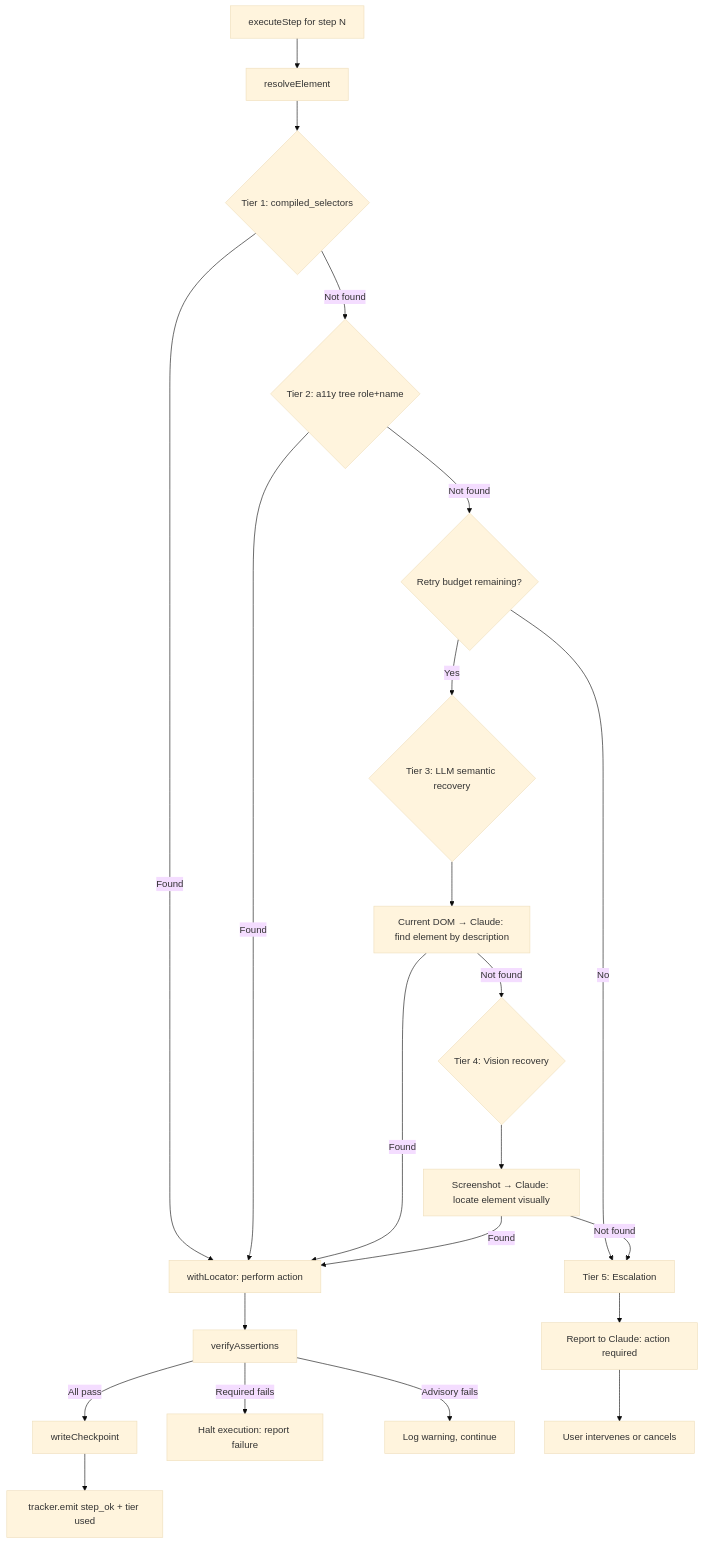
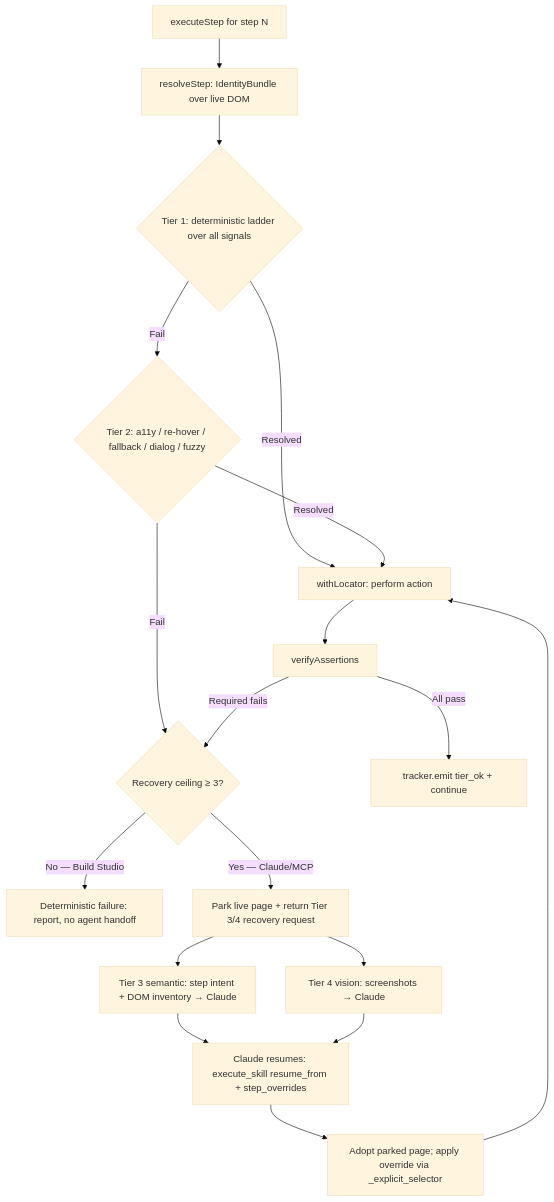
One commit to Cannonbold2412/CONXA changed diagram 13 of 17 in docs/App-Flow.md. Above: the diagram before and after it, drawn with Mermaid (base theme). The commit also changed 2 other files, not shown here.

Commit message:
docs: document four-tier recovery ceiling, closing edge, and page parking
- TRD.md §9.1/§10.1: replace the stale "five-tier" cascade with the implemented
  four-tier model — T1/T2 in-process zero-token, T3/T4 agent-mediated; document
  the CONXA_MAX_RECOVERY_TIER ceiling (Studio=2, MCP=4), the step_overrides
  closing edge, cross-call page parking, and the new recovery-log events.
- App-Flow.md §13: redraw the recovery flowchart to show the ceiling branch,
  parked-page resume, and step_overrides instead of the old Tier 5 escalation.
- FIX.md: plain-language entries for the self-healing recovery work and the
  page-parking fix, including how each was verified.

Note: FIX.md also carries a pre-existing working-tree entry (the CLAUDE.md repo
refresh) committed separately.

````diff
--- a/docs/App-Flow.md
+++ b/docs/App-Flow.md
@@ -392,24 +392,20 @@
 ```mermaid
 flowchart TD
-    A[executeStep for step N] --> B[resolveElement]
-    B --> C{Tier 1: compiled_selectors}
-    C -->|Found| D[withLocator: perform action]
-    C -->|Not found| E{Tier 2: a11y tree role+name}
-    E -->|Found| D
-    E -->|Not found| F{Retry budget remaining?}
-    F -->|No| G[Tier 5: Escalation]
-    F -->|Yes| H{Tier 3: LLM semantic recovery}
-    H --> I[Current DOM → Claude: find element by description]
-    I -->|Found| D
-    I -->|Not found| J{Tier 4: Vision recovery}
-    J --> K[Screenshot → Claude: locate element visually]
-    K -->|Found| D
-    K -->|Not found| G
+    A[executeStep for step N] --> B[resolveStep: IdentityBundle over live DOM]
+    B --> C{Tier 1: deterministic ladder over all signals}
+    C -->|Resolved| D[withLocator: perform action]
+    C -->|Fail| E{Tier 2: a11y / re-hover / fallback / dialog / fuzzy}
+    E -->|Resolved| D
+    E -->|Fail| F{Recovery ceiling ≥ 3?}
+    F -->|No — Build Studio| N[Deterministic failure: report, no agent handoff]
+    F -->|Yes — Claude/MCP| G[Park live page + return Tier 3/4 recovery request]
+    G --> H[Tier 3 semantic: step intent + DOM inventory → Claude]
+    G --> I[Tier 4 vision: screenshots → Claude]
+    H --> J[Claude resumes: execute_skill resume_from + step_overrides]
+    I --> J
+    J --> K[Adopt parked page; apply override via _explicit_selector]
+    K --> D
     D --> L[verifyAssertions]
-    L -->|All pass| M[writeCheckpoint]
-    L -->|Required fails| N[Halt execution: report failure]
-    L -->|Advisory fails| O[Log warning, continue]
-    M --> P[tracker.emit step_ok + tier used]
-    G --> Q[Report to Claude: action required]
-    Q --> R[User intervenes or cancels]
+    L -->|All pass| M[tracker.emit tier_ok + continue]
+    L -->|Required fails| F
 ```
````
